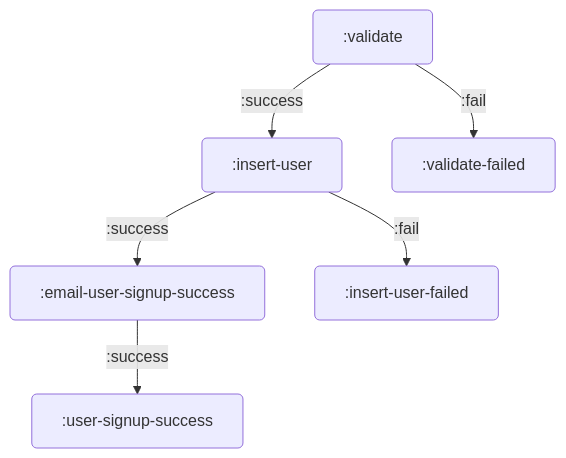
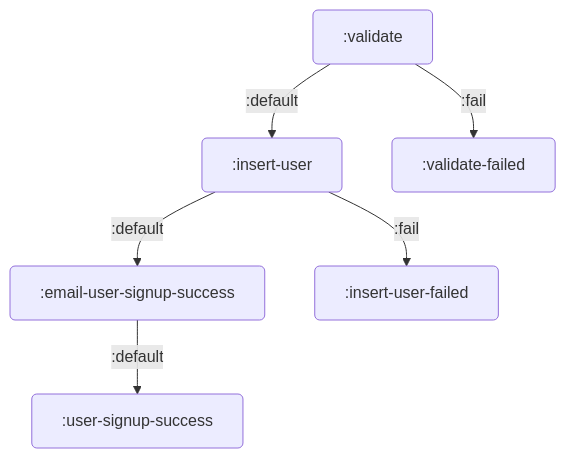
Before and after one commit to donut-party/graphputer: the second of 2 diagrams in README.md, drawn with Mermaid. The commit also changed other lines of this file and 3 other files, not shown here.

````diff
--- a/README.md
+++ b/README.md
@@ -108,9 +108,9 @@
 ```mermaid
 graph TB
-  :validate -->|:success| :insert-user
+  :validate -->|:default| :insert-user
   :validate -->|:fail| :validate-failed
-  :insert-user -->|:success| :email-user-signup-success
+  :insert-user -->|:default| :email-user-signup-success
   :insert-user -->|:fail| :insert-user-failed
-  :email-user-signup-success -->|:success| :user-signup-success
+  :email-user-signup-success -->|:default| :user-signup-success
   classDef default ry:5,rx:5
 ```
````
